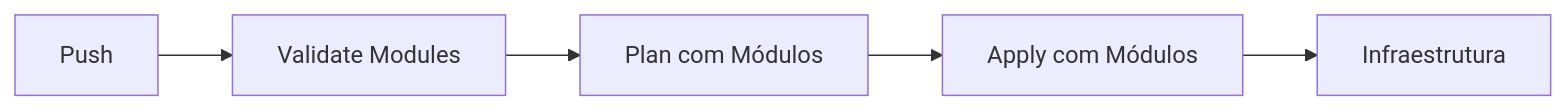
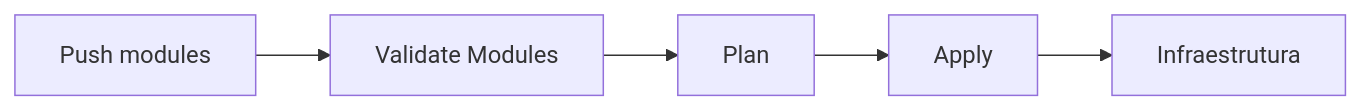
One commit to josenetoo/fiap-dclt-aula05 changed the fourth of 4 diagrams in VIDEO-5.3-PASSO-A-PASSO-v2.md. Above: the diagram before and after it, drawn with Mermaid. The commit also changed other lines of this file and 3 other files, not shown here.

````diff
--- a/VIDEO-5.3-PASSO-A-PASSO-v2.md
+++ b/VIDEO-5.3-PASSO-A-PASSO-v2.md
@@ -347,7 +347,7 @@
 ```mermaid
 flowchart LR
-    A[Push] --> B[Validate Modules]
-    B --> C[Plan com Módulos]
-    C --> D[Apply com Módulos]
+    A[Push modules] --> B[Validate Modules]
+    B --> C[Plan]
+    C --> D[Apply]
     D --> E[Infraestrutura]
 ```
````
